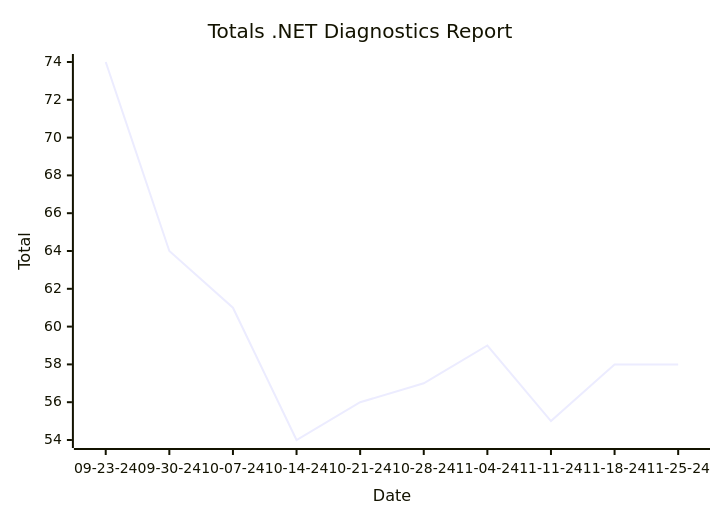
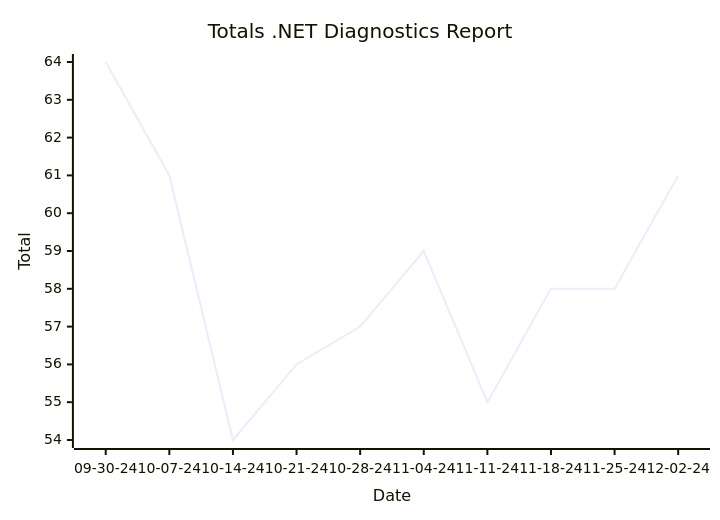
The first of 2 diagrams in reports/README.md (hoyosjs/gh-issue-tracker), drawn with Mermaid before and after one commit. The commit also changed other lines of this file and 4 other files, not shown here.

````diff
--- a/reports/README.md
+++ b/reports/README.md
@@ -7,7 +7,7 @@
 ```mermaid
 xychart-beta
   title "Totals .NET Diagnostics Report"
-  x-axis "Date" ["09-23-24", "09-30-24", "10-07-24", "10-14-24", "10-21-24", "10-28-24", "11-04-24", "11-11-24", "11-18-24", "11-25-24"]
+  x-axis "Date" ["09-30-24", "10-07-24", "10-14-24", "10-21-24", "10-28-24", "11-04-24", "11-11-24", "11-18-24", "11-25-24", "12-02-24"]
   y-axis "Total"
-  line [74, 64, 61, 54, 56, 57, 59, 55, 58, 58]
+  line [64, 61, 54, 56, 57, 59, 55, 58, 58, 61]
 ```
````
